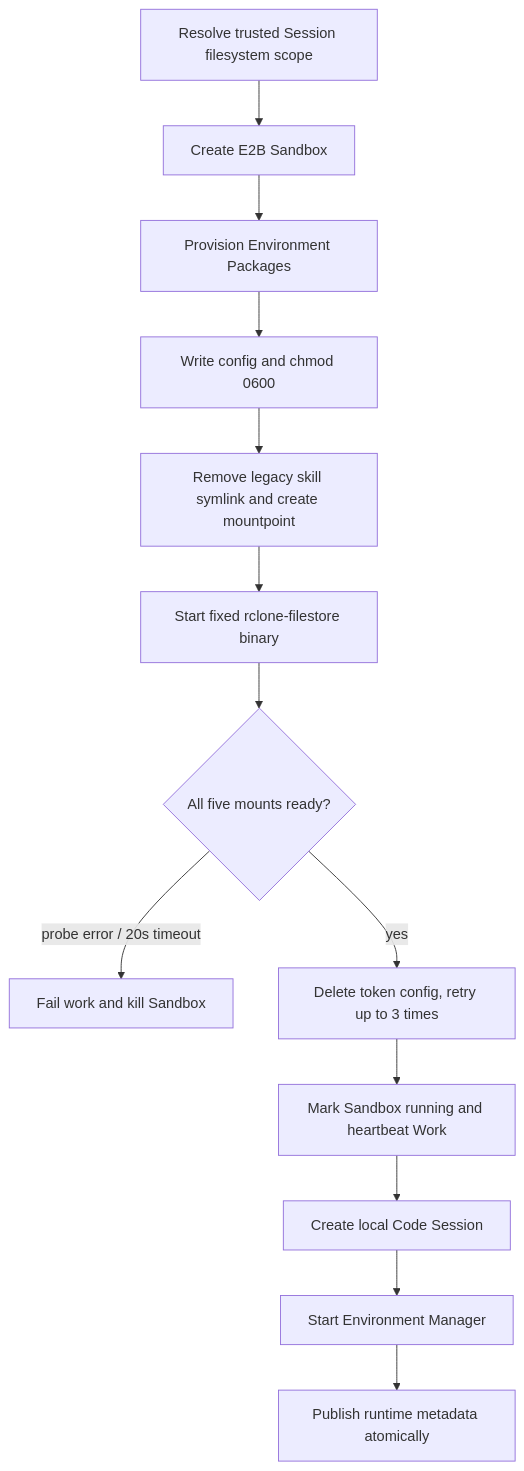
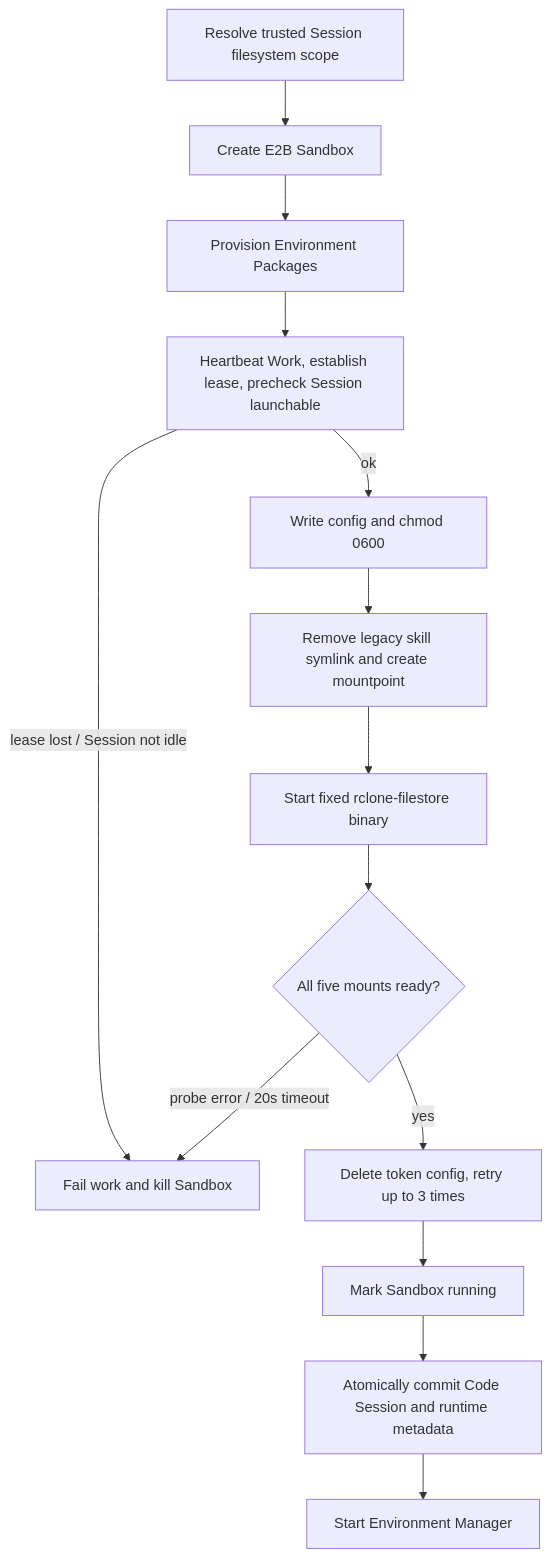
The diagram in docs/design/be/e2b-sandbox-image-contract.md (superduck-ai/open-managed-agents), drawn with Mermaid before and after one commit. The commit also changed other lines of this file and 3 other files, not shown here.

First line of the commit message:
fix(environments): renumber migration, isolate cleanup context, sync launch-sequence doc

````diff
--- a/docs/design/be/e2b-sandbox-image-contract.md
+++ b/docs/design/be/e2b-sandbox-image-contract.md
@@ -50,15 +50,16 @@
 ```mermaid
 flowchart TD
     R["Resolve trusted Session filesystem scope"] --> A["Create E2B Sandbox"]
     A --> P["Provision Environment Packages"]
-    P --> W["Write config and chmod 0600"]
+    P --> HB["Heartbeat Work, establish lease, precheck Session launchable"]
+    HB -->|"lease lost / Session not idle"| F["Fail work and kill Sandbox"]
+    HB -->|"ok"| W["Write config and chmod 0600"]
     W --> S["Remove legacy skill symlink and create mountpoint"]
     S --> B["Start fixed rclone-filestore binary"]
     B --> C{"All five mounts ready?"}
-    C -->|"probe error / 20s timeout"| F["Fail work and kill Sandbox"]
+    C -->|"probe error / 20s timeout"| F
     C -->|"yes"| D["Delete token config, retry up to 3 times"]
-    D --> G["Mark Sandbox running and heartbeat Work"]
-    G --> I["Create local Code Session"]
+    D --> G["Mark Sandbox running"]
+    G --> I["Atomically commit Code Session and runtime metadata"]
     I --> H["Start Environment Manager"]
-    H --> J["Publish runtime metadata atomically"]
 ```
````
